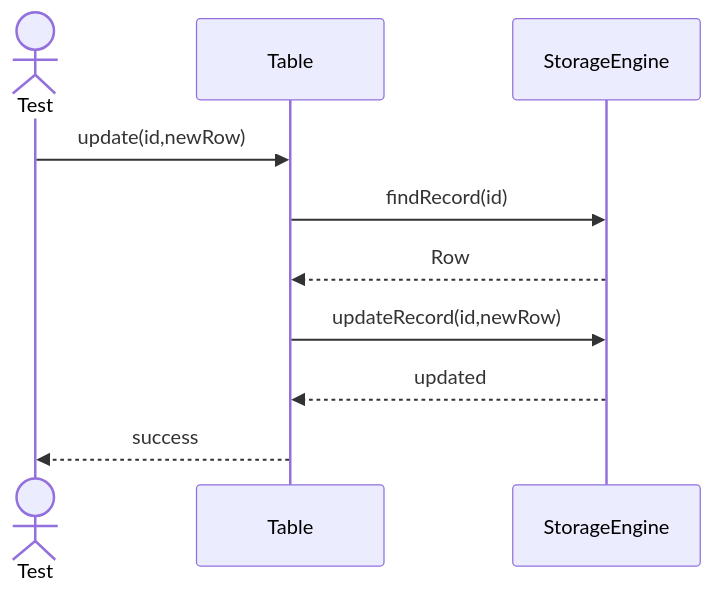
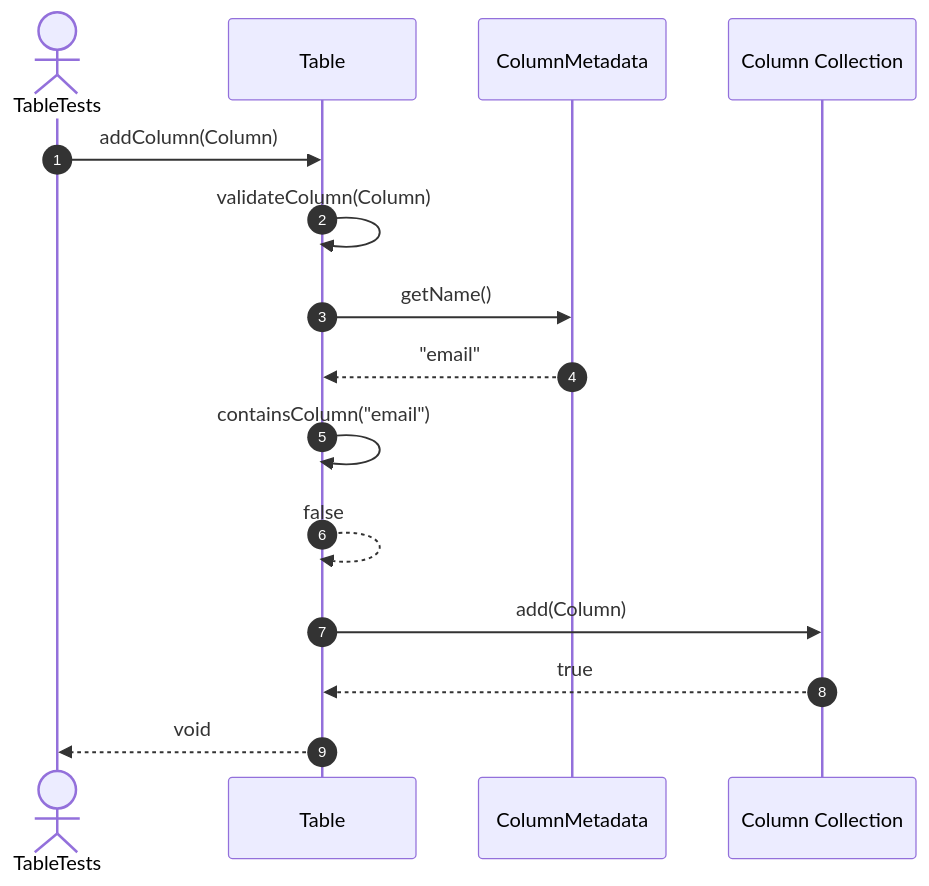
One commit to FhuAnn/-bbv-AN-s-DBMS changed the third of 20 diagrams in src/tests/unit/metadata/sequences/tables-testing.se.md. Above: the diagram before and after it, drawn with Mermaid. The commit also changed other lines of this file and 60 other files, not shown here.

Commit message:
refactor data table, row, column, constraint, index test file

````diff
--- a/src/tests/unit/metadata/sequences/tables-testing.se.md
+++ b/src/tests/unit/metadata/sequences/tables-testing.se.md
@@ -50,18 +48,18 @@
 ```mermaid
 sequenceDiagram
-actor Test
-participant Table
-participant StorageEngine
+    autonumber
+    actor Test as TableTests
+    participant Table as Table
+    participant Column as ColumnMetadata
+    participant Columns as Column Collection
 
-Test->>Table: update(id,newRow)
-
-Table->>StorageEngine: findRecord(id)
-
-StorageEngine-->>Table: Row
-
-Table->>StorageEngine: updateRecord(id,newRow)
-
-StorageEngine-->>Table: updated
-
-Table-->>Test: success
+    Test->>Table: addColumn(Column)
+    Table->>Table: validateColumn(Column)
+    Table->>Column: getName()
+    Column-->>Table: "email"
+    Table->>Table: containsColumn("email")
+    Table-->>Table: false
+    Table->>Columns: add(Column)
+    Columns-->>Table: true
+    Table-->>Test: void
 ```
````
